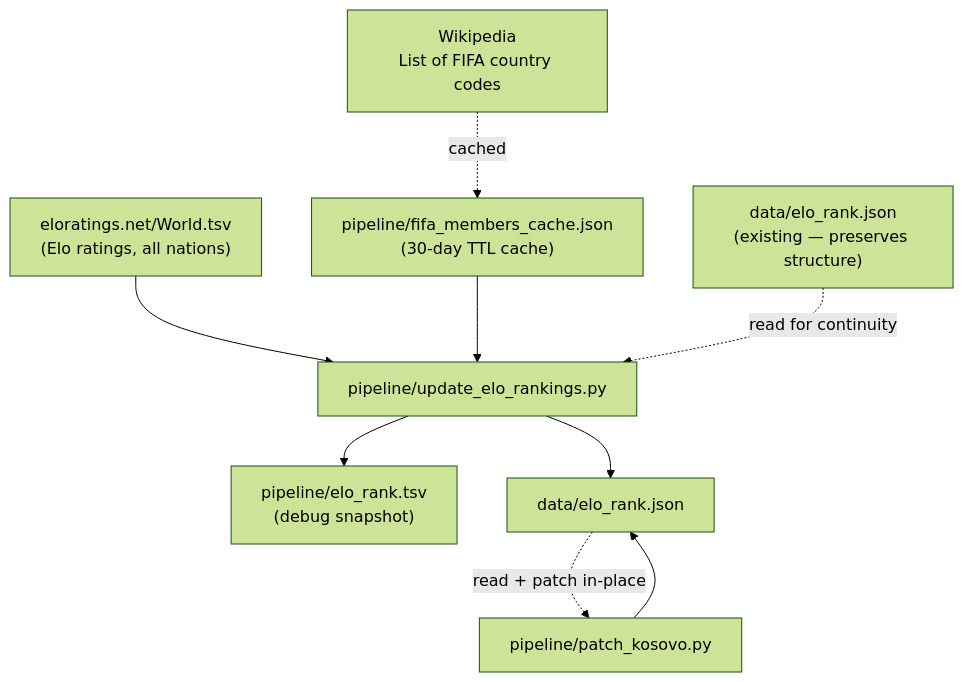
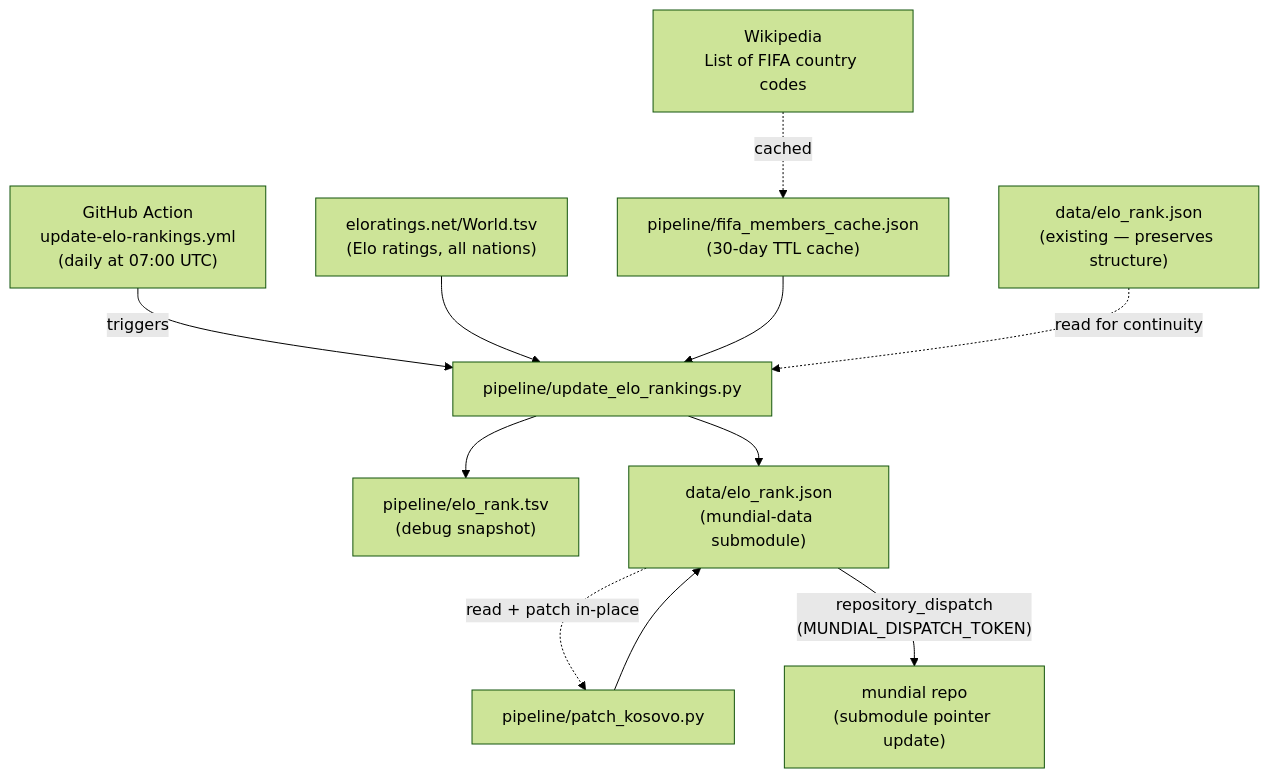
The diagram in elo_rank.md (born-in-plays-for/mundial-build), drawn with Mermaid (forest theme) before and after one commit. The commit also changed other lines of this file and 3 other files, not shown here.

````diff
--- a/elo_rank.md
+++ b/elo_rank.md
@@ -3,22 +5,26 @@
 ```mermaid
 flowchart TD
     ELO["eloratings.net/World.tsv\n(Elo ratings, all nations)"]
     FIFA["Wikipedia\nList of FIFA country codes"]
     FC["pipeline/fifa_members_cache.json\n(30-day TTL cache)"]
     EJ["data/elo_rank.json\n(existing — preserves structure)"]
 
+    GA["GitHub Action\nupdate-elo-rankings.yml\n(daily at 07:00 UTC)"]
     UR["pipeline/update_elo_rankings.py"]
     PK["pipeline/patch_kosovo.py"]
 
     TSV["pipeline/elo_rank.tsv\n(debug snapshot)"]
-    OUT["data/elo_rank.json"]
+    OUT["data/elo_rank.json\n(mundial-data submodule)"]
+    MU["mundial repo\n(submodule pointer update)"]
 
+    GA -->|triggers| UR
     ELO --> UR
     FIFA -.->|cached| FC
     FC --> UR
     EJ -.->|read for continuity| UR
     UR --> TSV
     UR --> OUT
     OUT -.->|read + patch in-place| PK
     PK --> OUT
+    OUT -->|"repository_dispatch\n(MUNDIAL_DISPATCH_TOKEN)"| MU
 ```
````
